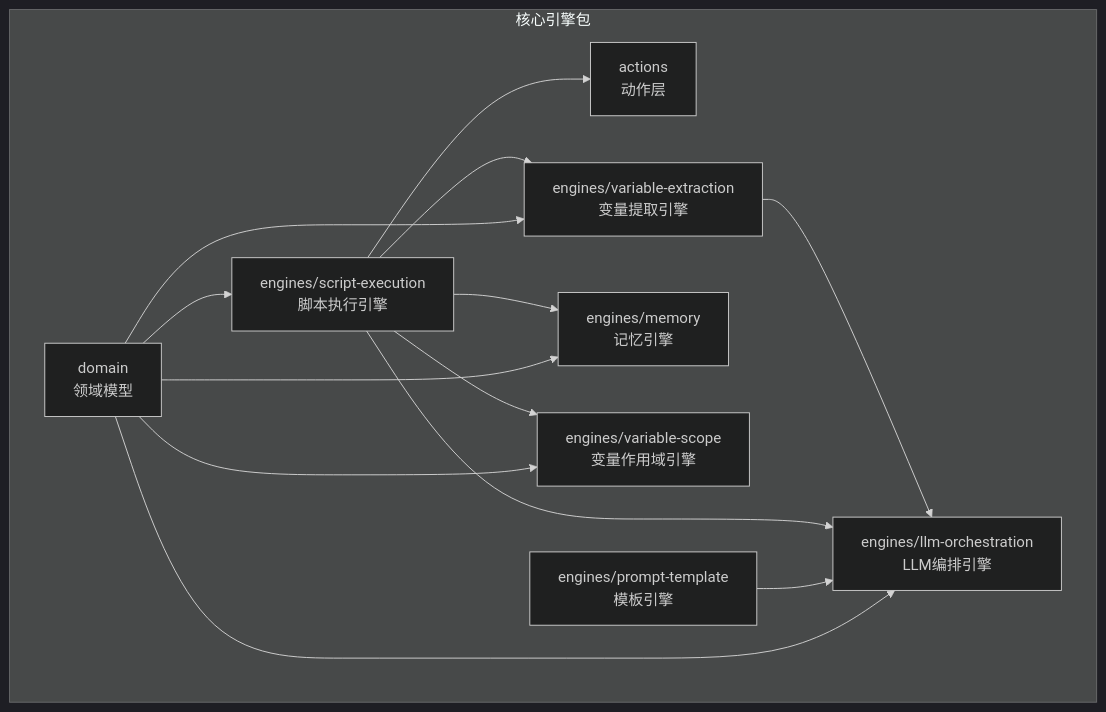
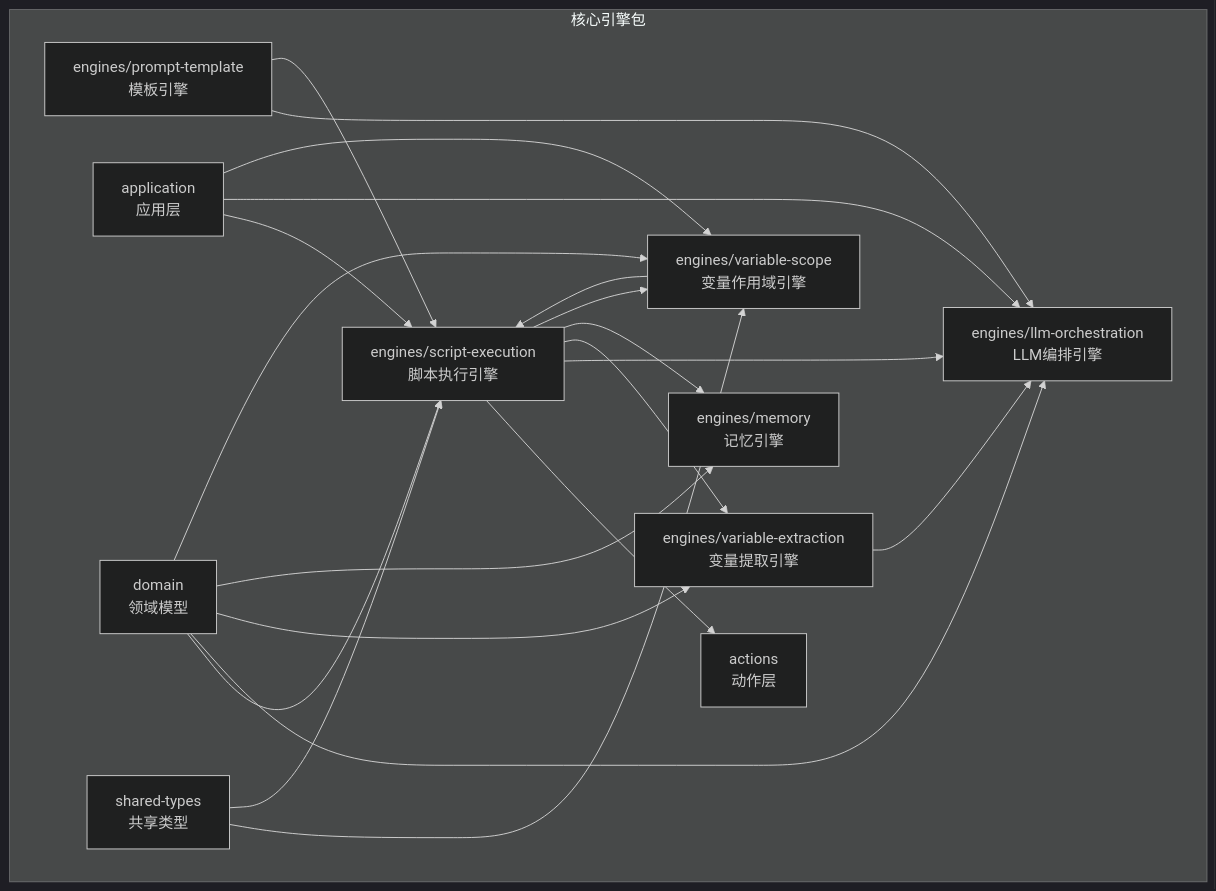
One commit to EverettCamus/HeartRule-Qoder changed the first of 8 diagrams in .qoder/repowiki/zh/content/核心引擎系统/核心引擎系统.md. Above: the diagram before and after it, drawn with Mermaid (dark theme). The commit also changed other lines of this file and 8 other files, not shown here.

````diff
--- a/.qoder/repowiki/zh/content/核心引擎系统/核心引擎系统.md
+++ b/.qoder/repowiki/zh/content/核心引擎系统/核心引擎系统.md
@@ -62,25 +76,34 @@
 ```mermaid
 graph TB
 subgraph "核心引擎包"
 A["engines/script-execution<br/>脚本执行引擎"]
 B["engines/llm-orchestration<br/>LLM编排引擎"]
 C["engines/variable-extraction<br/>变量提取引擎"]
 D["engines/memory<br/>记忆引擎"]
 E["engines/prompt-template<br/>模板引擎"]
 F["engines/variable-scope<br/>变量作用域引擎"]
 G["actions<br/>动作层"]
 H["domain<br/>领域模型"]
+I["application<br/>应用层"]
+J["shared-types<br/>共享类型"]
 end
 A --> G
 C --> B
 A --> B
 A --> C
 A --> D
 A --> F
 E --> B
+E --> A
+F --> A
+I --> A
+I --> B
+I --> F
 H --> A
 H --> B
 H --> C
 H --> D
 H --> F
+J --> F
+J --> A
 ```
````
